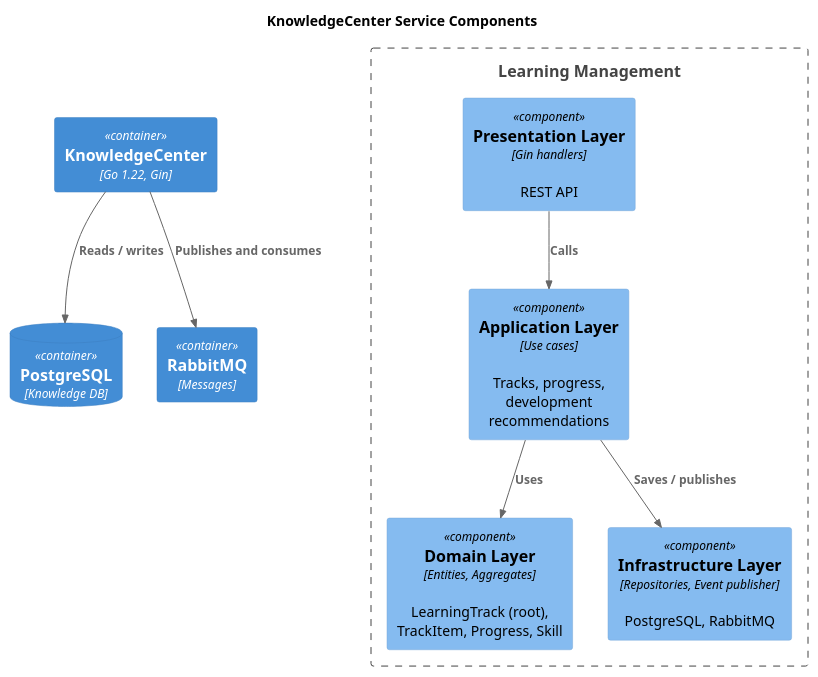
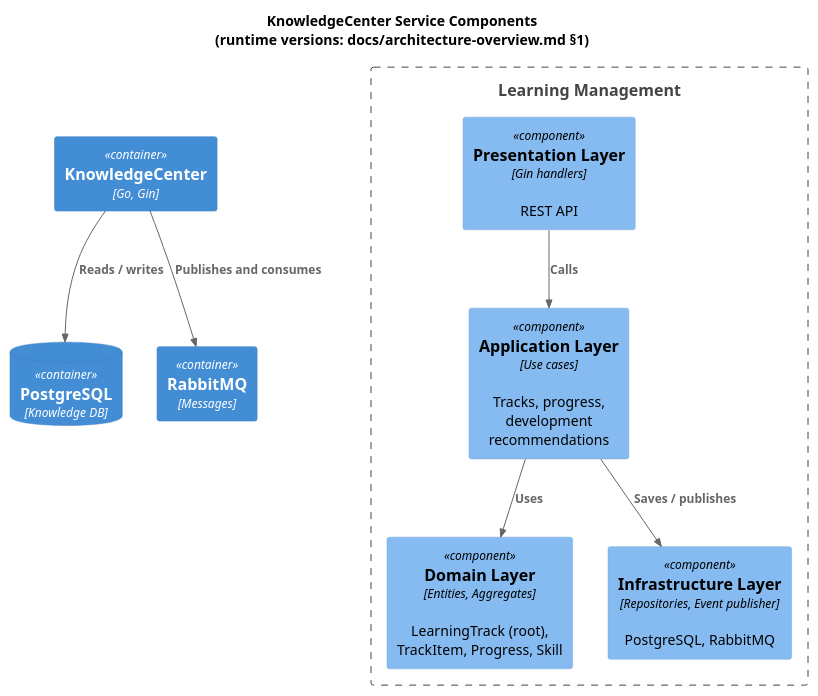
The diagram in docs/c4/components-knowledge-center.puml (AIJobResearcher/docs), drawn with PlantUML before and after one commit. The commit also changed 16 other files, not shown here.

```diff
--- a/docs/c4/components-knowledge-center.puml
+++ b/docs/c4/components-knowledge-center.puml
@@ -1,25 +1,25 @@
 @startuml
 !include https://raw.githubusercontent.com/plantuml-stdlib/C4-PlantUML/master/C4_Component.puml
 
-title KnowledgeCenter Service Components
+title KnowledgeCenter Service Components\n(runtime versions: docs/architecture-overview.md §1)
 
-Container(knowledge, "KnowledgeCenter", "Go 1.22, Gin")
+Container(knowledge, "KnowledgeCenter", "Go, Gin")
 
 Boundary(knowledge_boundary, "Learning Management") {
     Component(presentation, "Presentation Layer", "Gin handlers", "REST API")
     Component(application, "Application Layer", "Use cases", "Tracks, progress, development recommendations")
     Component(domain, "Domain Layer", "Entities, Aggregates", "LearningTrack (root), TrackItem, Progress, Skill")
     Component(infrastructure, "Infrastructure Layer", "Repositories, Event publisher", "PostgreSQL, RabbitMQ")
 
     Rel(presentation, application, "Calls")
     Rel(application, domain, "Uses")
     Rel(application, infrastructure, "Saves / publishes")
 }
 
 ContainerDb(postgres, "PostgreSQL", "Knowledge DB")
 Container(rabbitmq, "RabbitMQ", "Messages")
 
 Rel(knowledge, postgres, "Reads / writes")
 Rel(knowledge, rabbitmq, "Publishes and consumes")
 
 @enduml
```
